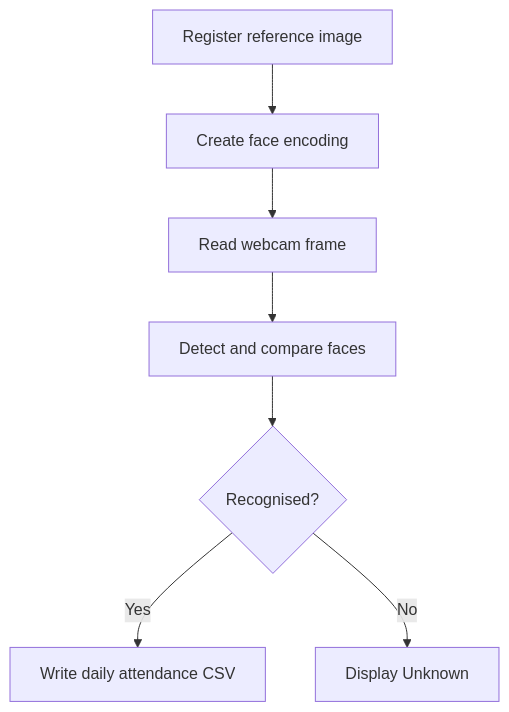
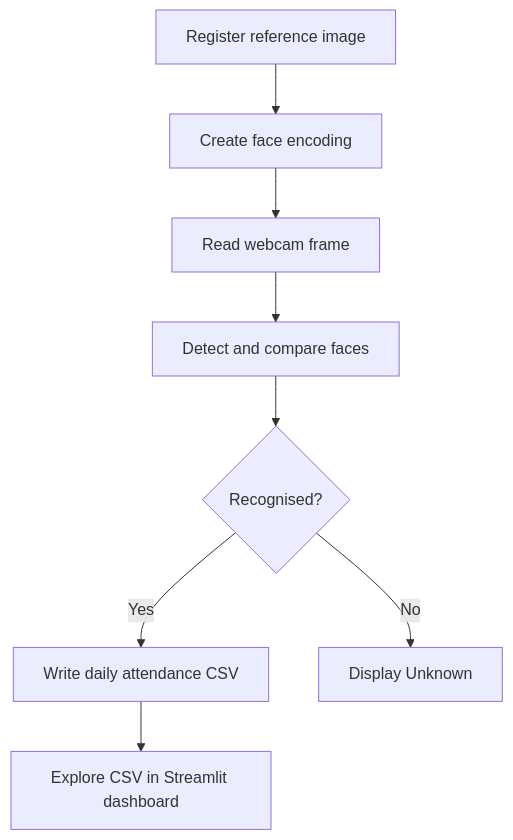
The diagram in README.md (yashrajadsul165/Face-Recognition-Attendance-System), drawn with Mermaid before and after one commit. The commit also changed other lines of this file and 10 other files, not shown here.

````diff
--- a/README.md
+++ b/README.md
@@ -18,9 +24,10 @@
 ```mermaid
 flowchart TD
     A[Register reference image] --> B[Create face encoding]
     B --> C[Read webcam frame]
     C --> D[Detect and compare faces]
     D --> E{Recognised?}
     E -- Yes --> F[Write daily attendance CSV]
     E -- No --> G[Display Unknown]
+    F --> H[Explore CSV in Streamlit dashboard]
 ```
````
